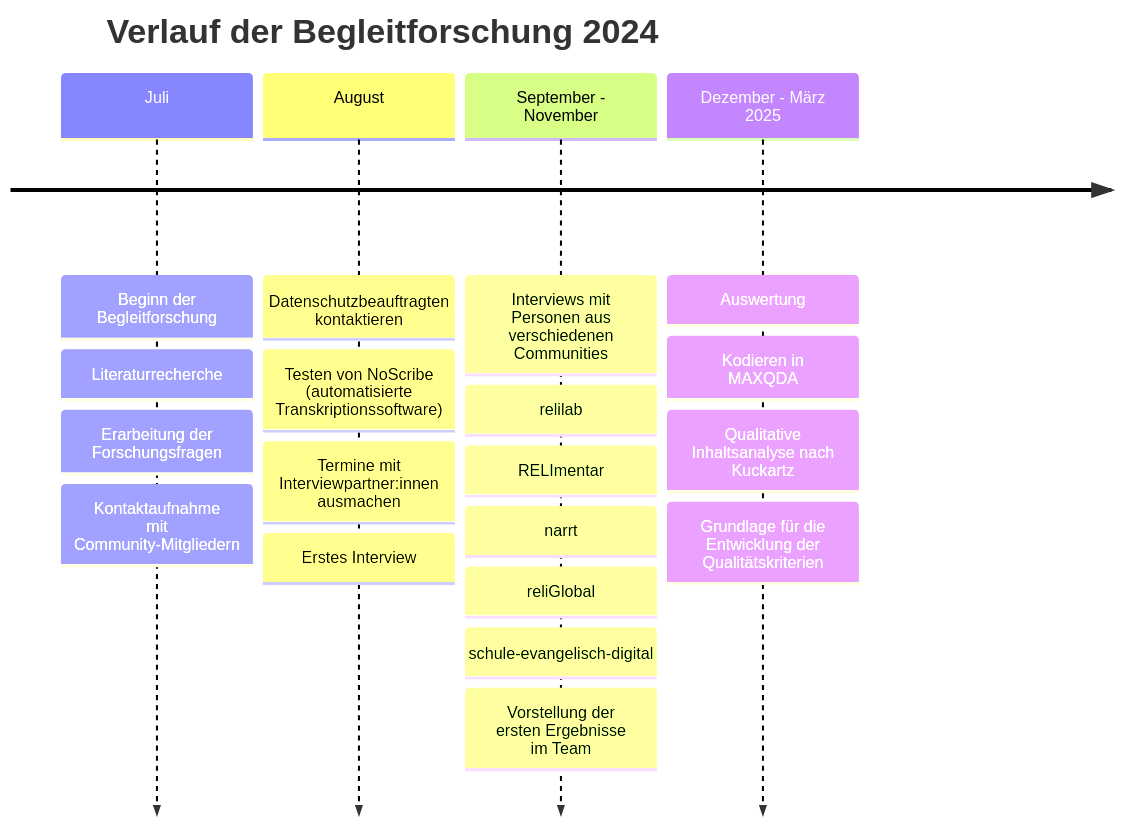
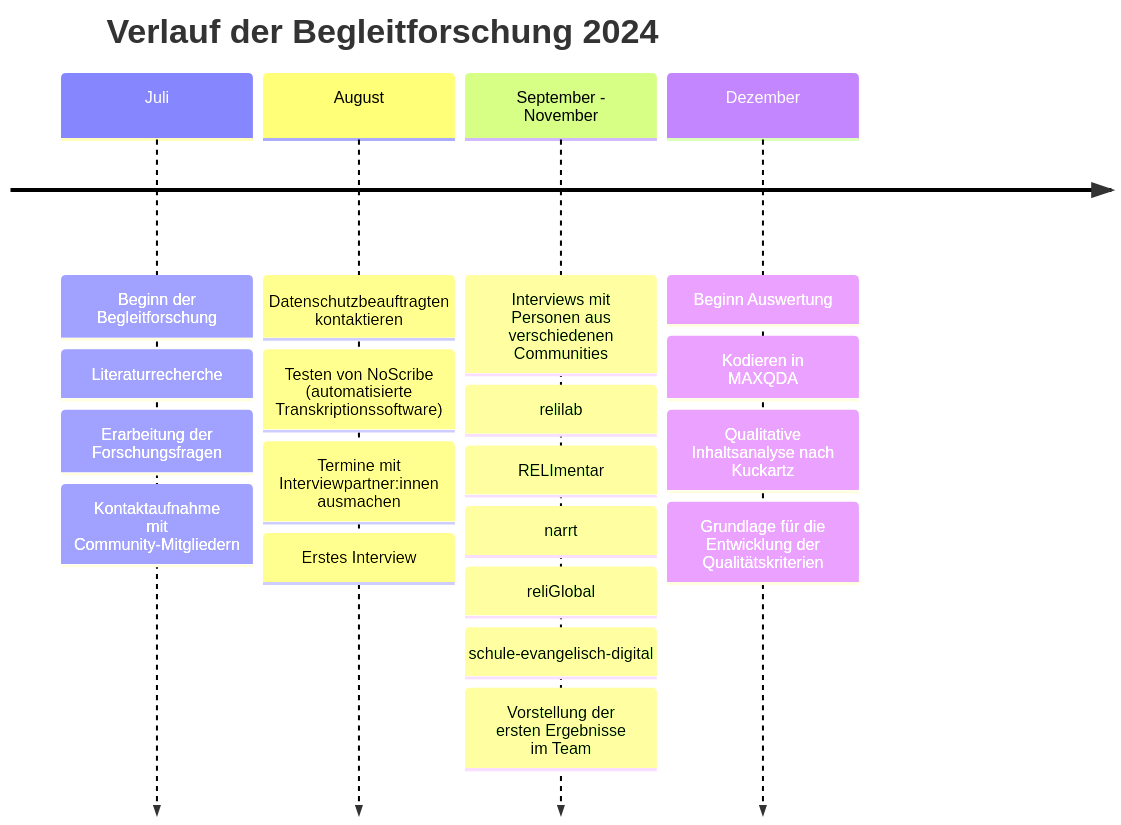
One commit to rpi-virtuell/FOERBICO_und_rpi-virtuell changed the first of 6 diagrams in Events/Zwischenfazit_Tagung/Forschungsergebnisse_Criticalfriends.md. Above: the diagram before and after it, drawn with Mermaid. The commit also changed other lines of this file, not shown here.

Commit message:
Einfügen der Timelines

````diff
--- a/Events/Zwischenfazit_Tagung/Forschungsergebnisse_Criticalfriends.md
+++ b/Events/Zwischenfazit_Tagung/Forschungsergebnisse_Criticalfriends.md
@@ -12,23 +12,23 @@
 ```mermaid
 timeline
     title Verlauf der Begleitforschung 2024
     Juli : Beginn der Begleitforschung
          : Literaturrecherche
          : Erarbeitung der Forschungsfragen
          : Kontaktaufnahme mit Community-Mitgliedern
     August: Datenschutzbeauftragten kontaktieren
          : Testen von NoScribe (automatisierte Transkriptionssoftware)
          : Termine mit Interviewpartner:innen ausmachen
          : Erstes Interview
     September - November : Interviews mit Personen aus verschiedenen Communities
          : relilab
          : RELImentar
          : narrt
          : reliGlobal
          : schule-evangelisch-digital
          : Vorstellung der ersten Ergebnisse im Team
-    Dezember - März 2025: Auswertung
+    Dezember: Beginn Auswertung
          : Kodieren in MAXQDA
          : Qualitative Inhaltsanalyse nach Kuckartz
          : Grundlage für die Entwicklung der Qualitätskriterien
 ```
````
